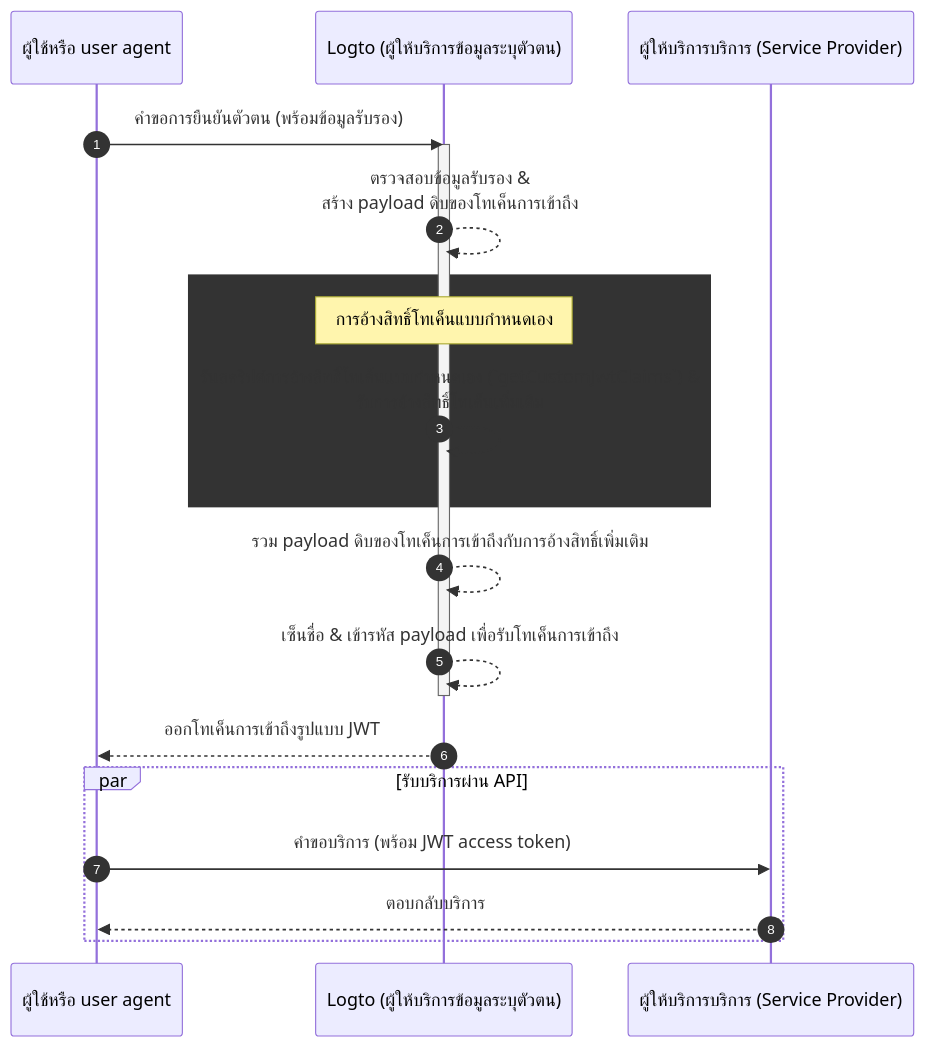
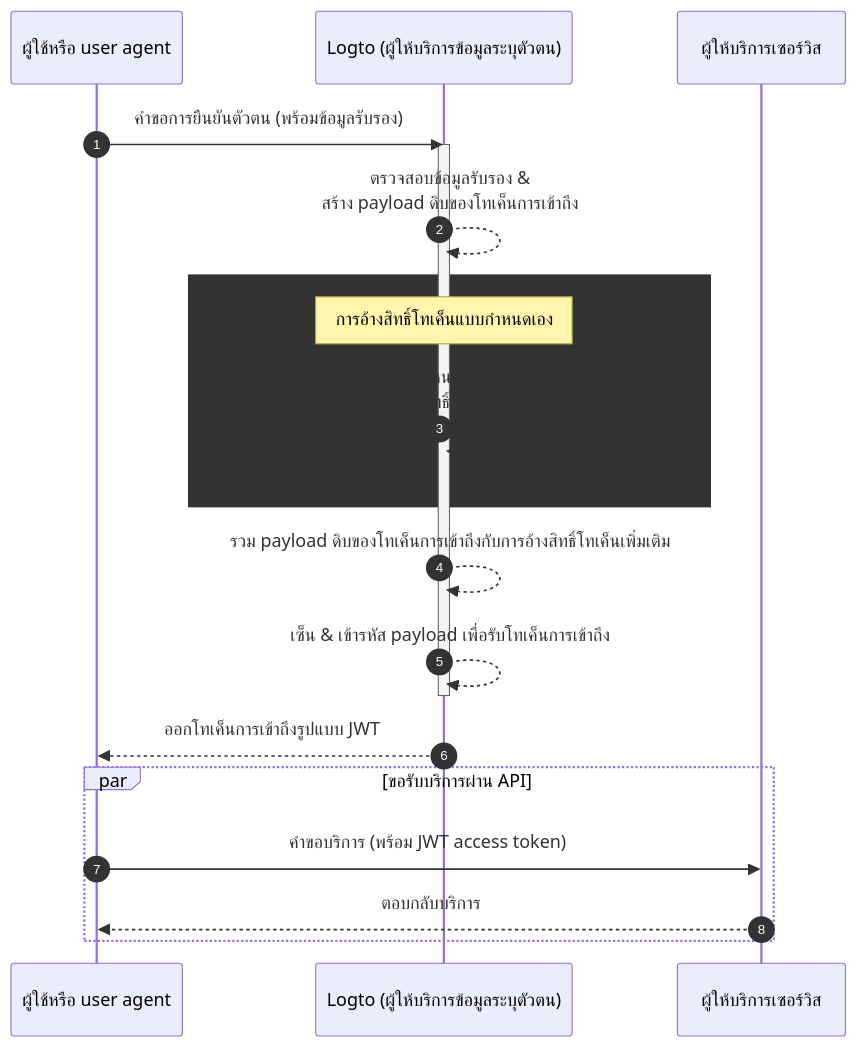
One commit to logto-io/docs changed the diagram in i18n/th/docusaurus-plugin-content-docs/current/developers/custom-token-claims/README.mdx. Above: the diagram before and after it, drawn with Mermaid. The commit also changed other lines of this file and 8 other files, not shown here.

````diff
--- a/i18n/th/docusaurus-plugin-content-docs/current/developers/custom-token-claims/README.mdx
+++ b/i18n/th/docusaurus-plugin-content-docs/current/developers/custom-token-claims/README.mdx
@@ -26,23 +26,23 @@
 ```mermaid
 sequenceDiagram
   participant U as ผู้ใช้หรือ user agent
   participant IdP as Logto (ผู้ให้บริการข้อมูลระบุตัวตน)
-  participant SP as ผู้ให้บริการบริการ (Service Provider)
+  participant SP as ผู้ให้บริการเซอร์วิส
 
   autonumber
   U ->> IdP: คำขอการยืนยันตัวตน (พร้อมข้อมูลรับรอง)
   activate IdP
   IdP-->>IdP: ตรวจสอบข้อมูลรับรอง &<br/>สร้าง payload ดิบของโทเค็นการเข้าถึง
   rect var(--mermaid-rect-fill)
   note over IdP: การอ้างสิทธิ์โทเค็นแบบกำหนดเอง
   IdP->>IdP: รันสคริปต์การอ้างสิทธิ์โทเค็นแบบกำหนดเอง (`getCustomJwtClaims`) &<br/>รับการอ้างสิทธิ์โทเค็นเพิ่มเติม
   end
-  IdP-->>IdP: รวม payload ดิบของโทเค็นการเข้าถึงกับการอ้างสิทธิ์เพิ่มเติม
-  IdP-->>IdP: เซ็นชื่อ & เข้ารหัส payload เพื่อรับโทเค็นการเข้าถึง
+  IdP-->>IdP: รวม payload ดิบของโทเค็นการเข้าถึงกับการอ้างสิทธิ์โทเค็นเพิ่มเติม
+  IdP-->>IdP: เซ็น & เข้ารหัส payload เพื่อรับโทเค็นการเข้าถึง
   deactivate IdP
   IdP-->>U: ออกโทเค็นการเข้าถึงรูปแบบ JWT
-  par รับบริการผ่าน API
+  par ขอรับบริการผ่าน API
   U->>SP: คำขอบริการ (พร้อม JWT access token)
   SP-->>U: ตอบกลับบริการ
   end
 ```
````
